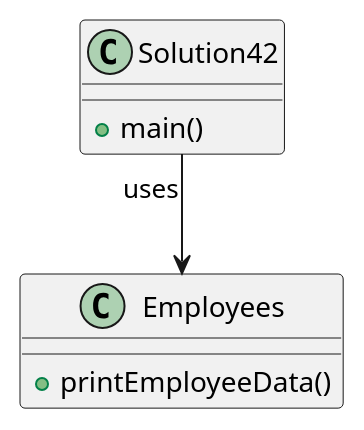
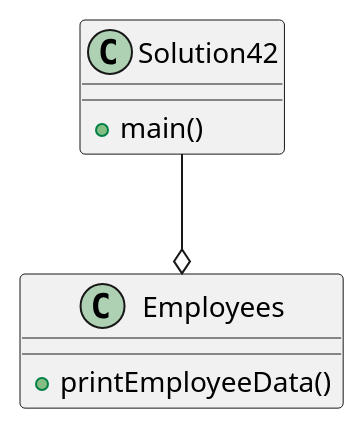
One commit to BronRed/Reed-a04 changed the diagram in exercise42/Diagram.puml. Above: the diagram before and after it, drawn with PlantUML. The commit also changed 1 other file, not shown here.

Commit message:
updated diagrams

```diff
--- a/exercise42/Diagram.puml
+++ b/exercise42/Diagram.puml
@@ -1,11 +1,11 @@
 @startuml
 class Solution42{
 +main()
 }
 
 class Employees{
 +printEmployeeData()
 }
 
-Solution42 "uses" --> Employees
+Solution42 --o Employees
 @enduml
```
